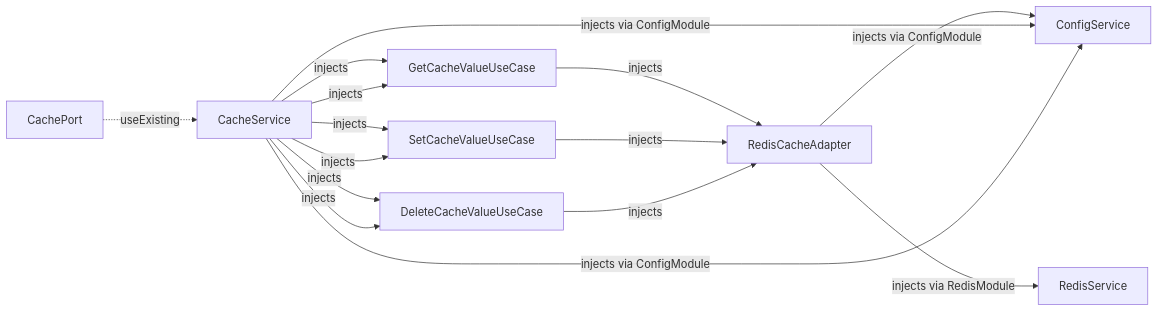
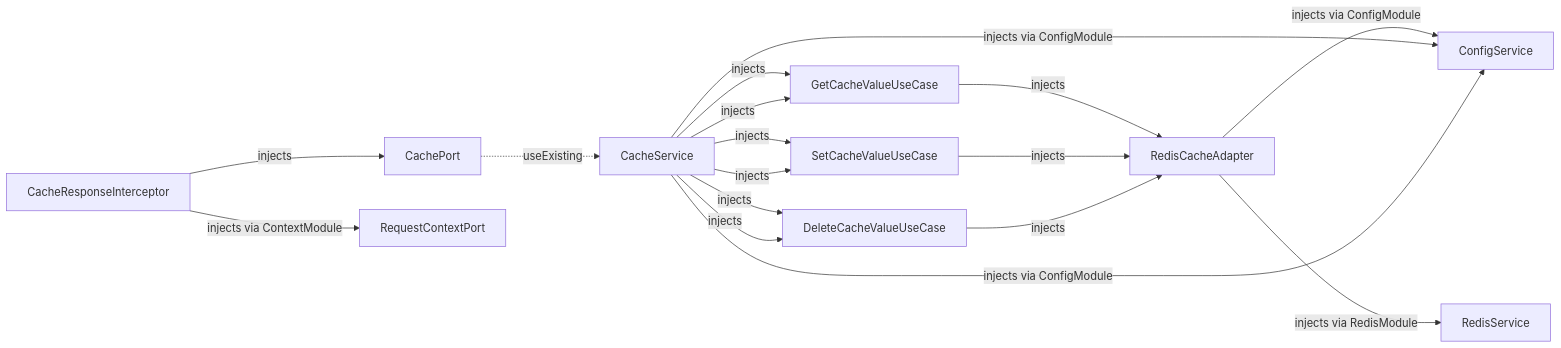
One commit to ashrafemon/ddd-boilerplate changed diagram 11 of 22 in docs/DI-WIRING.md. Above: the diagram before and after it, drawn with Mermaid. The commit also changed other lines of this file and 5 other files, not shown here.

````diff
--- a/docs/DI-WIRING.md
+++ b/docs/DI-WIRING.md
@@ -737,25 +736,29 @@
 ```mermaid
 flowchart LR
     CachePort["CachePort"]
     CacheService["CacheService"]
     CachePort -.->|useExisting| CacheService
     RedisCacheAdapter["RedisCacheAdapter"]
     ConfigService["ConfigService"]
     RedisCacheAdapter -->|injects via ConfigModule| ConfigService
     RedisService["RedisService"]
     RedisCacheAdapter -->|injects via RedisModule| RedisService
     GetCacheValueUseCase["GetCacheValueUseCase"]
     GetCacheValueUseCase -->|injects| RedisCacheAdapter
     SetCacheValueUseCase["SetCacheValueUseCase"]
     SetCacheValueUseCase -->|injects| RedisCacheAdapter
     DeleteCacheValueUseCase["DeleteCacheValueUseCase"]
     DeleteCacheValueUseCase -->|injects| RedisCacheAdapter
     CacheService -->|injects| GetCacheValueUseCase
     CacheService -->|injects| SetCacheValueUseCase
     CacheService -->|injects| DeleteCacheValueUseCase
     CacheService -->|injects via ConfigModule| ConfigService
     CacheService -->|injects| GetCacheValueUseCase
     CacheService -->|injects| SetCacheValueUseCase
     CacheService -->|injects| DeleteCacheValueUseCase
     CacheService -->|injects via ConfigModule| ConfigService
+    CacheResponseInterceptor["CacheResponseInterceptor"]
+    CacheResponseInterceptor -->|injects| CachePort
+    RequestContextPort["RequestContextPort"]
+    CacheResponseInterceptor -->|injects via ContextModule| RequestContextPort
 ```
````
